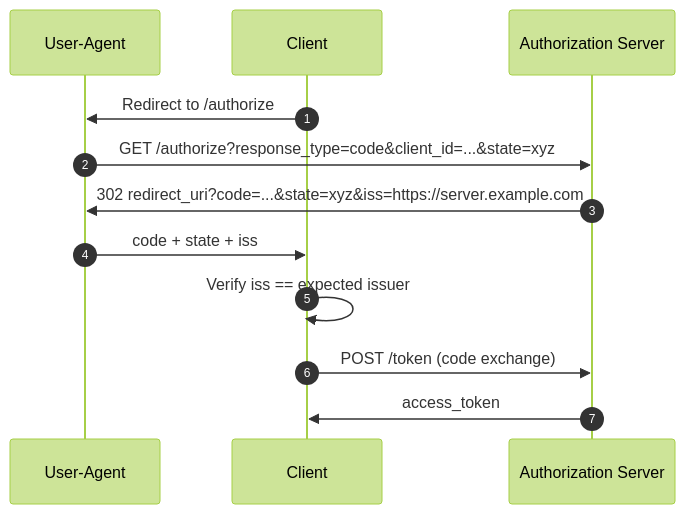
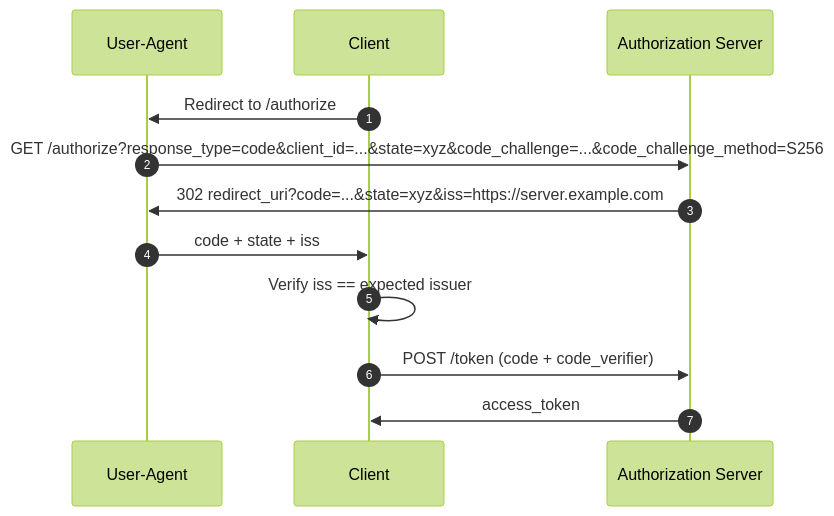
Before and after one commit to JanssenProject/jans: the diagram in docs/janssen-server/auth-server/oauth-features/authorization-server-issuer-identification.md, drawn with Mermaid (forest theme). The commit also changed other lines of this file and 3 other files, not shown here.

````diff
--- a/docs/janssen-server/auth-server/oauth-features/authorization-server-issuer-identification.md
+++ b/docs/janssen-server/auth-server/oauth-features/authorization-server-issuer-identification.md
@@ -63,15 +63,15 @@
 ```mermaid
 sequenceDiagram
     autonumber
     participant UA as User-Agent
     participant Client
     participant AS as Authorization Server
 
     Client->>UA: Redirect to /authorize
-    UA->>AS: GET /authorize?response_type=code&client_id=...&state=xyz
+    UA->>AS: GET /authorize?response_type=code&client_id=...&state=xyz&code_challenge=...&code_challenge_method=S256
     AS->>UA: 302 redirect_uri?code=...&state=xyz&iss=https://server.example.com
     UA->>Client: code + state + iss
     Client->>Client: Verify iss == expected issuer
-    Client->>AS: POST /token (code exchange)
+    Client->>AS: POST /token (code + code_verifier)
     AS->>Client: access_token
 ```
````
